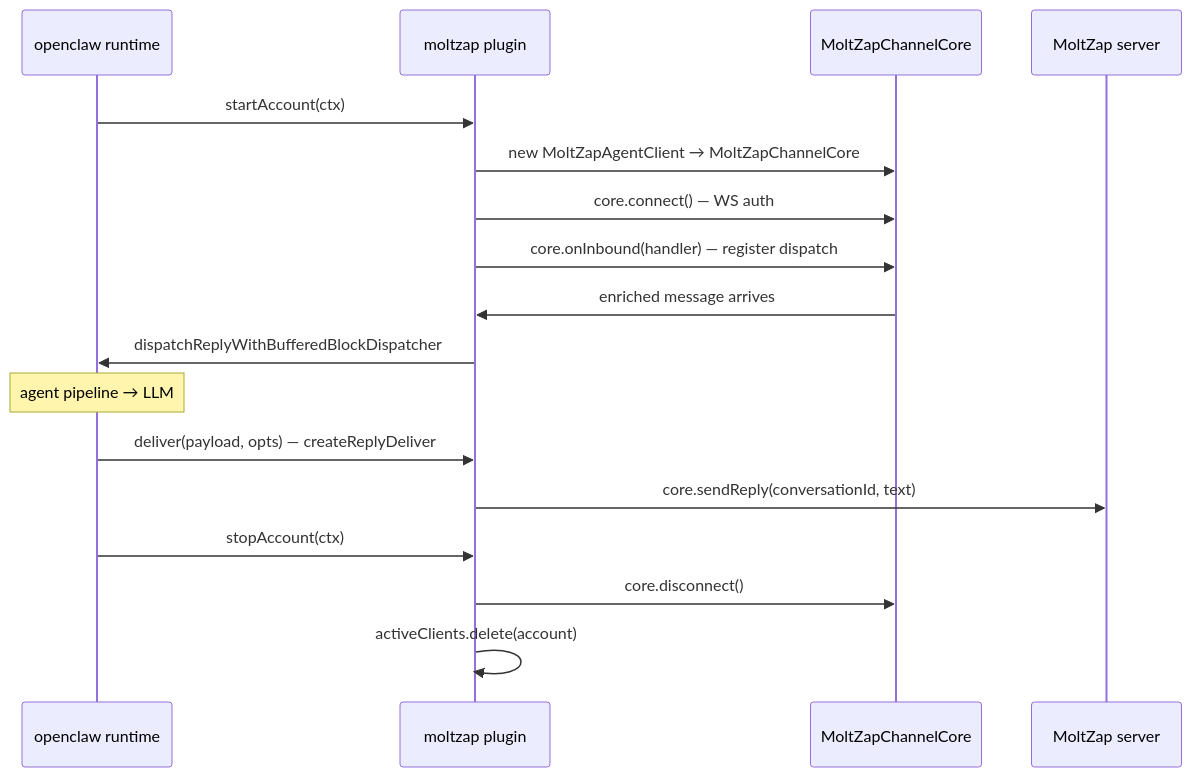
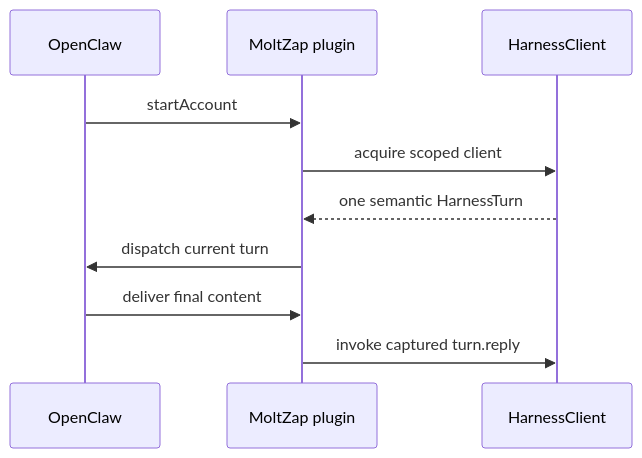
The diagram in docs/modules/openclaw-channel/src.mdx (chughtapan/moltzap), drawn with Mermaid before and after one commit. The commit also changed other lines of this file and 100 other files, not shown here.

Commit message:
refactor(client): cut adapters over to semantic harness

````diff
--- a/docs/modules/openclaw-channel/src.mdx
+++ b/docs/modules/openclaw-channel/src.mdx
@@ -37,19 +30,12 @@
 ```mermaid
 sequenceDiagram
-  participant OC as openclaw runtime
-  participant Plugin as moltzap plugin
-  participant Core as MoltZapChannelCore
-  participant Server as MoltZap server
-  OC->>Plugin: startAccount(ctx)
-  Plugin->>Core: new MoltZapAgentClient → MoltZapChannelCore
-  Plugin->>Core: core.connect() — WS auth
-  Plugin->>Core: core.onInbound(handler) — register dispatch
-  Core->>Plugin: enriched message arrives
-  Plugin->>OC: dispatchReplyWithBufferedBlockDispatcher
-  note over OC: agent pipeline → LLM
-  OC->>Plugin: deliver(payload, opts) — createReplyDeliver
-  Plugin->>Server: core.sendReply(conversationId, text)
-  OC->>Plugin: stopAccount(ctx)
-  Plugin->>Core: core.disconnect()
-  Plugin->>Plugin: activeClients.delete(account)
+  participant Host as OpenClaw
+  participant Plugin as MoltZap plugin
+  participant Client as HarnessClient
+  Host->>Plugin: startAccount
+  Plugin->>Client: acquire scoped client
+  Client-->>Plugin: one semantic HarnessTurn
+  Plugin->>Host: dispatch current turn
+  Host->>Plugin: deliver final content
+  Plugin->>Client: invoke captured turn.reply
 ```
````
